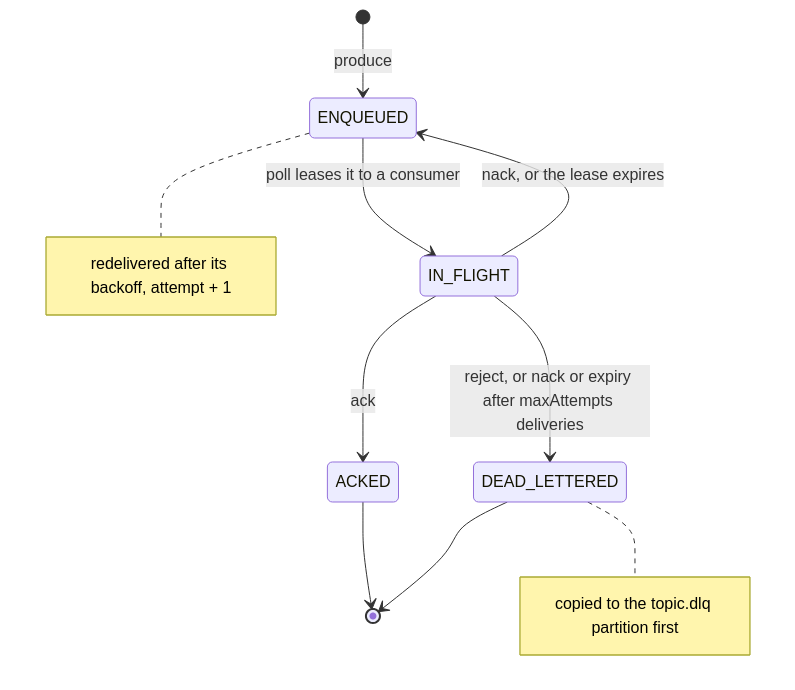
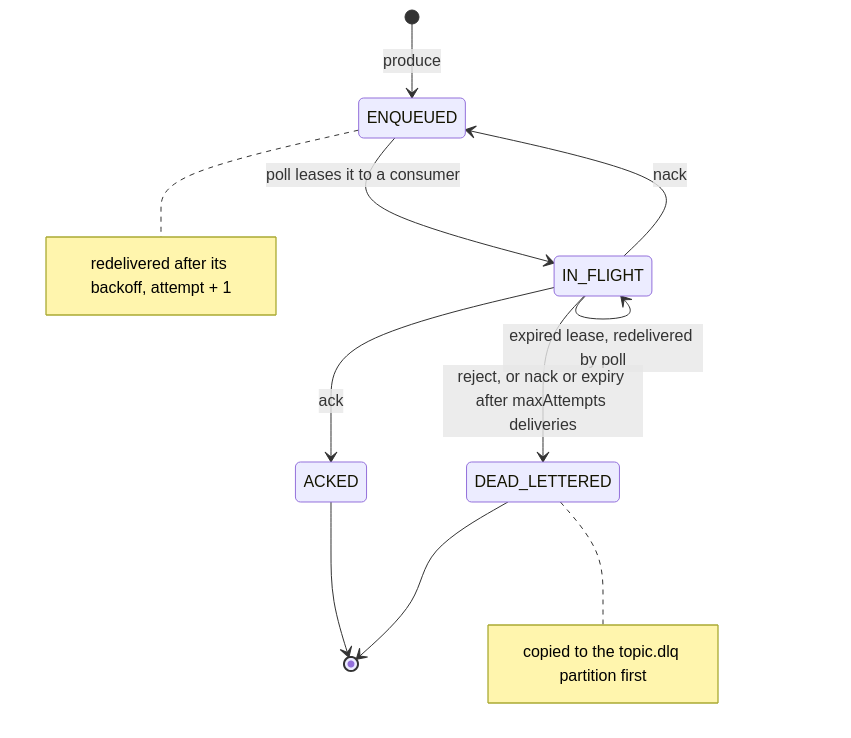
The first of 3 diagrams in docs/messaging/design.md (BlivionIaG/sjws_nettask), drawn with Mermaid before and after one commit. The commit also changed other lines of this file and 14 other files, not shown here.

````diff
--- a/docs/messaging/design.md
+++ b/docs/messaging/design.md
@@ -26,13 +26,14 @@
 ```mermaid
 stateDiagram-v2
     [*] --> ENQUEUED: produce
     ENQUEUED --> IN_FLIGHT: poll leases it to a consumer
     IN_FLIGHT --> ACKED: ack
-    IN_FLIGHT --> ENQUEUED: nack, or the lease expires
+    IN_FLIGHT --> ENQUEUED: nack
+    IN_FLIGHT --> IN_FLIGHT: expired lease, redelivered by poll
     IN_FLIGHT --> DEAD_LETTERED: reject, or nack or expiry after maxAttempts deliveries
     ACKED --> [*]
     DEAD_LETTERED --> [*]
 
     note right of ENQUEUED: redelivered after its backoff, attempt + 1
     note right of DEAD_LETTERED: copied to the topic.dlq partition first
 ```
````
